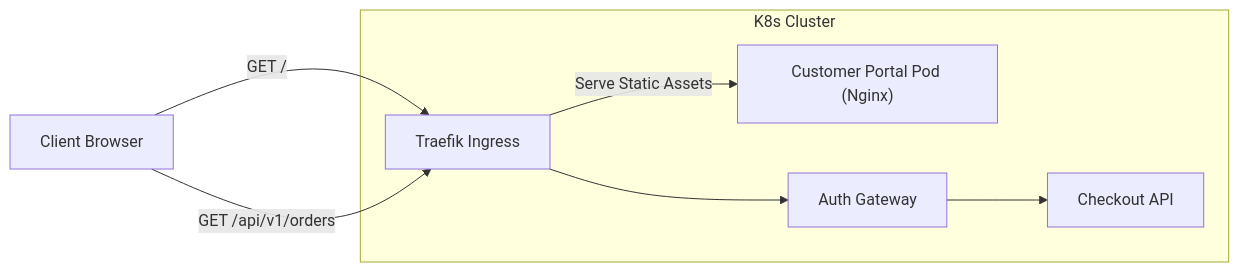
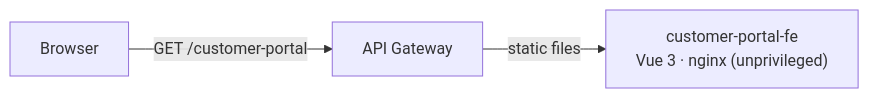
The diagram in modules/customer-portal/index.md (Labs64/labs64.io-docs), drawn with Mermaid before and after one commit. The commit also changed other lines of this file and 5 other files, not shown here.

````diff
--- a/modules/customer-portal/index.md
+++ b/modules/customer-portal/index.md
@@ -24,18 +28,5 @@
 ```mermaid
 flowchart LR
-    Browser["Client Browser"]
-    
-    subgraph K8s_Cluster ["K8s Cluster"]
-        CP["Customer Portal Pod (Nginx)"]
-        T["Traefik Ingress"]
-        AG["Auth Gateway"]
-        CO["Checkout API"]
-    end
-    
-    Browser -->|"GET /"| T
-    T -->|"Serve Static Assets"| CP
-    
-    Browser -->|"GET /api/v1/orders"| T
-    T --> AG
-    AG --> CO
+    Browser["Browser"] -->|"GET /customer-portal"| GW["API Gateway"]
+    GW -->|"static files"| CP["customer-portal-fe<br/>Vue 3 · nginx (unprivileged)"]
 ```
````
